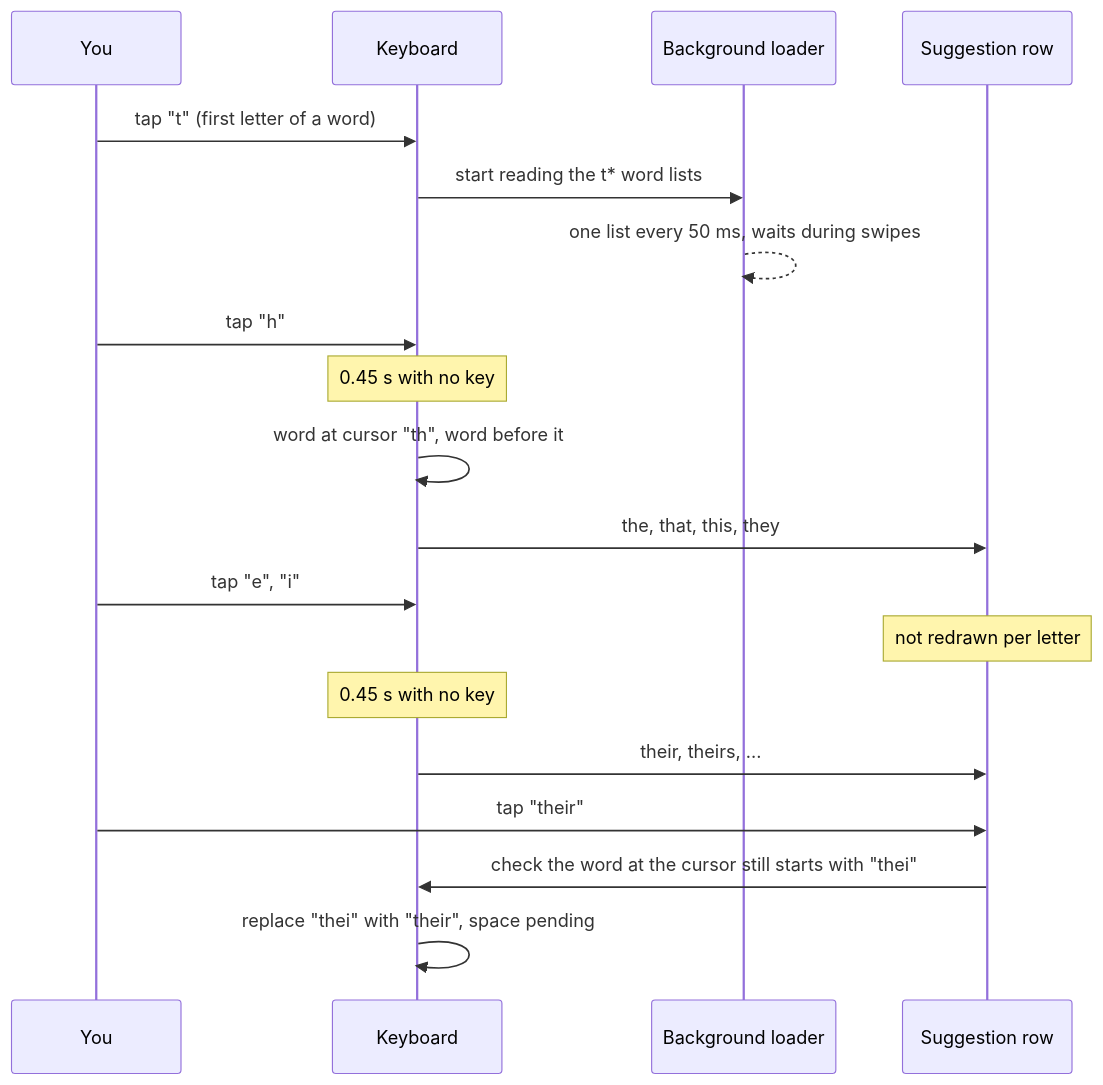
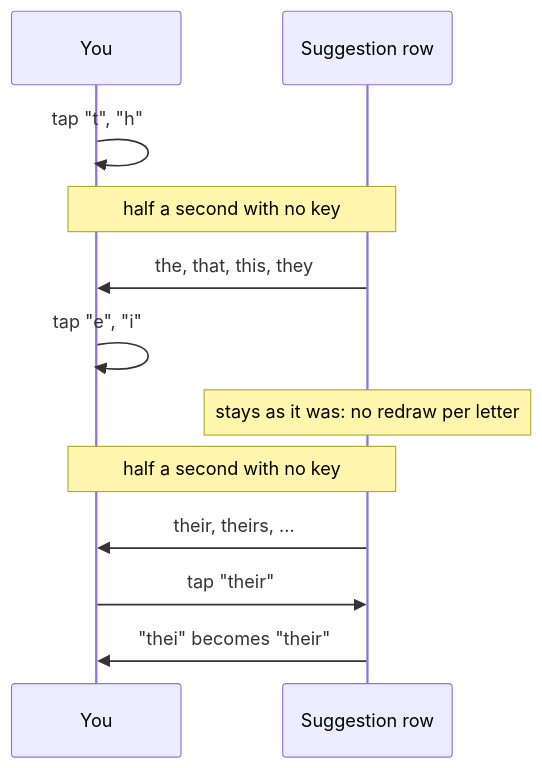
One commit to Pixxel123/tapless.koplugin changed the fifth of 6 diagrams in README.md. Above: the diagram before and after it, drawn with Mermaid. The commit also changed other lines of this file, not shown here.

First line of the commit message:
Simplify the README's diagrams

````diff
--- a/README.md
+++ b/README.md
@@ -502,21 +492,14 @@
 ```mermaid
 sequenceDiagram
     participant You
-    participant Keyboard
-    participant Loader as Background loader
     participant Row as Suggestion row
-    You->>Keyboard: tap "t" (first letter of a word)
-    Keyboard->>Loader: start reading the t* word lists
-    Loader-->>Loader: one list every 50 ms, waits during swipes
-    You->>Keyboard: tap "h"
-    Note over Keyboard: 0.45 s with no key
-    Keyboard->>Keyboard: word at cursor "th", word before it
-    Keyboard->>Row: the, that, this, they
-    You->>Keyboard: tap "e", "i"
-    Note over Row: not redrawn per letter
-    Note over Keyboard: 0.45 s with no key
-    Keyboard->>Row: their, theirs, ...
+    You->>You: tap "t", "h"
+    Note over You,Row: half a second with no key
+    Row->>You: the, that, this, they
+    You->>You: tap "e", "i"
+    Note over Row: stays as it was: no redraw per letter
+    Note over You,Row: half a second with no key
+    Row->>You: their, theirs, ...
     You->>Row: tap "their"
-    Row->>Keyboard: check the word at the cursor still starts with "thei"
-    Keyboard->>Keyboard: replace "thei" with "their", space pending
+    Row->>You: "thei" becomes "their"
 ```
````
